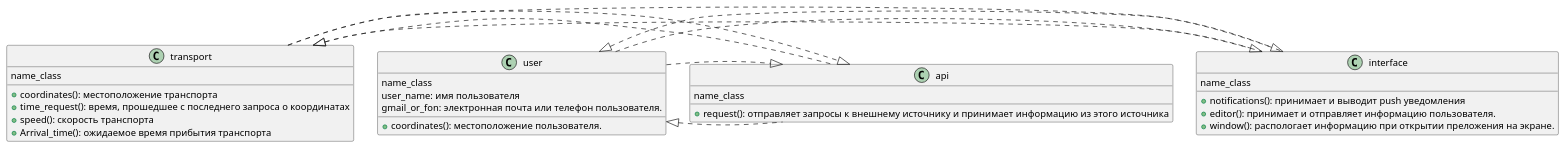
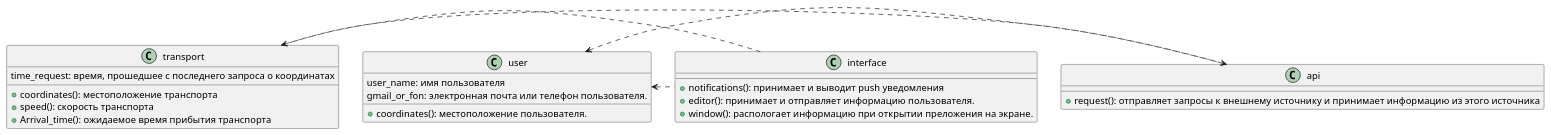
One commit to danila975/pi.danilalapshin changed the diagram in реализация прототипа системы детализации информации о динамически перемещающихся объектах для людей с нарушением зрения/диаграммы/classes.wsd. Above: the diagram before and after it, drawn with PlantUML. The commit also changed 6 other files, not shown here.

Commit message:
поправил требования, добавиль диаграмму пользовательских сценариев, переделал остальные диаграммы.

```diff
--- a/реализация прототипа системы детализации информации о динамически перемещающихся объектах для людей с нарушением зрения/диаграммы/classes.wsd
+++ b/реализация прототипа системы детализации информации о динамически перемещающихся объектах для людей с нарушением зрения/диаграммы/classes.wsd
@@ -1,42 +1,34 @@
 @startuml
 
 class transport
 {
-  {field} name_class
+  {field} time_request: время, прошедшее с последнего запроса о координатах
 {method} + coordinates(): местоположение транспорта
-{method} + time_request(): время, прошедшее с последнего запроса о координатах
 {method} + speed(): скорость транспорта
 {method} + Arrival_time(): ожидаемое время прибытия транспорта
 }
-transport <|. interface
-transport <|. api
+transport .> api
 
 class interface
 {
-  {field} name_class
 {method} + notifications(): принимает и выводит push уведомления
 {method} + editor(): принимает и отправляет информацию пользователя.
 {method} + window(): распологает информацию при открытии преложения на экране.
 }
-transport .|> interface
-user .|> interface
+transport <. interface
 
 class user
 {
-  {field}name_class 
   {field} user_name: имя пользователя
   {field} gmail_or_fon: электронная почта или телефон пользователя.
 {method} + coordinates(): местоположение пользователя.
 }
-user <|. interface
-user <|. api
+user <. interface
+user <. api
 
 class api
 {
-  {field} name_class
 {method} + request(): отправляет запросы к внешнему источнику и принимает информацию из этого источника
 }
-transport .|> api
-user .|> api
 
 @enduml
```
